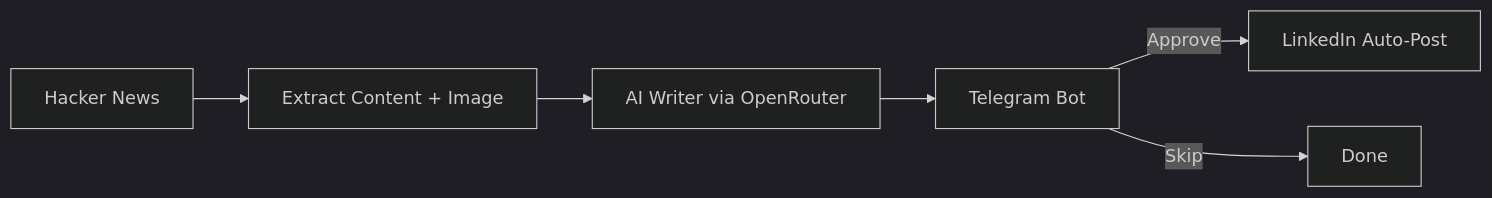
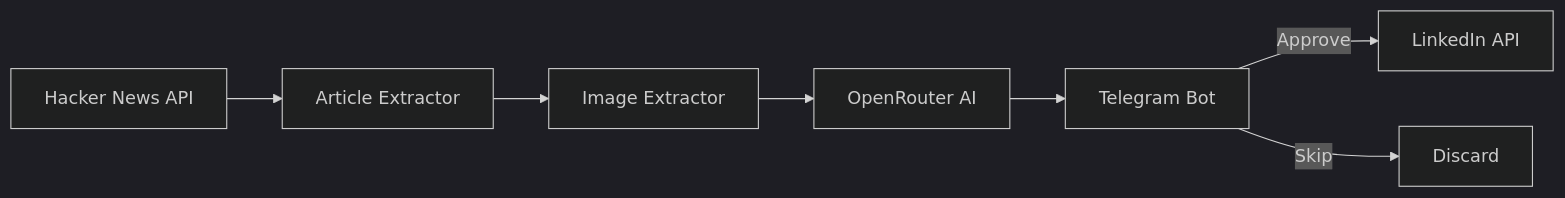
One commit to Lumacodes/HNLINK changed the diagram in README.md. Above: the diagram before and after it, drawn with Mermaid (dark theme). The commit also changed other lines of this file, not shown here.

````diff
--- a/README.md
+++ b/README.md
@@ -44,8 +101,16 @@
 ```mermaid
 flowchart LR
-  HN[Hacker News] --> Extract[Extract Content + Image]
-  Extract --> AI[AI Writer via OpenRouter]
-  AI --> TG[Telegram Bot]
-  TG -->|Approve| LI[LinkedIn Auto-Post]
-  TG -->|Skip| End[Done]
+
+A[Hacker News API]
+--> B[Article Extractor]
+
+B --> C[Image Extractor]
+
+C --> D[OpenRouter AI]
+
+D --> E[Telegram Bot]
+
+E -->|Approve| F[LinkedIn API]
+
+E -->|Skip| G[Discard]
 ```
````
